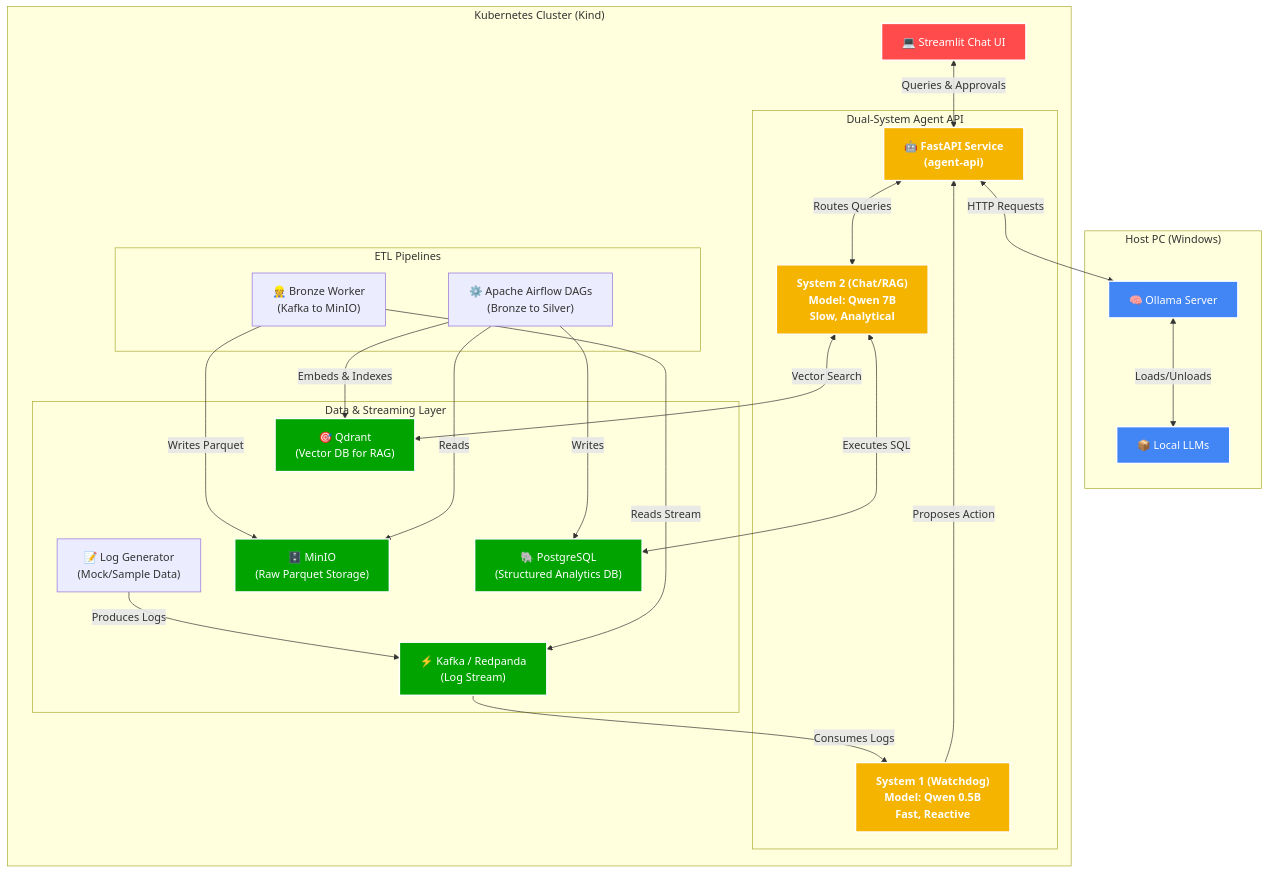
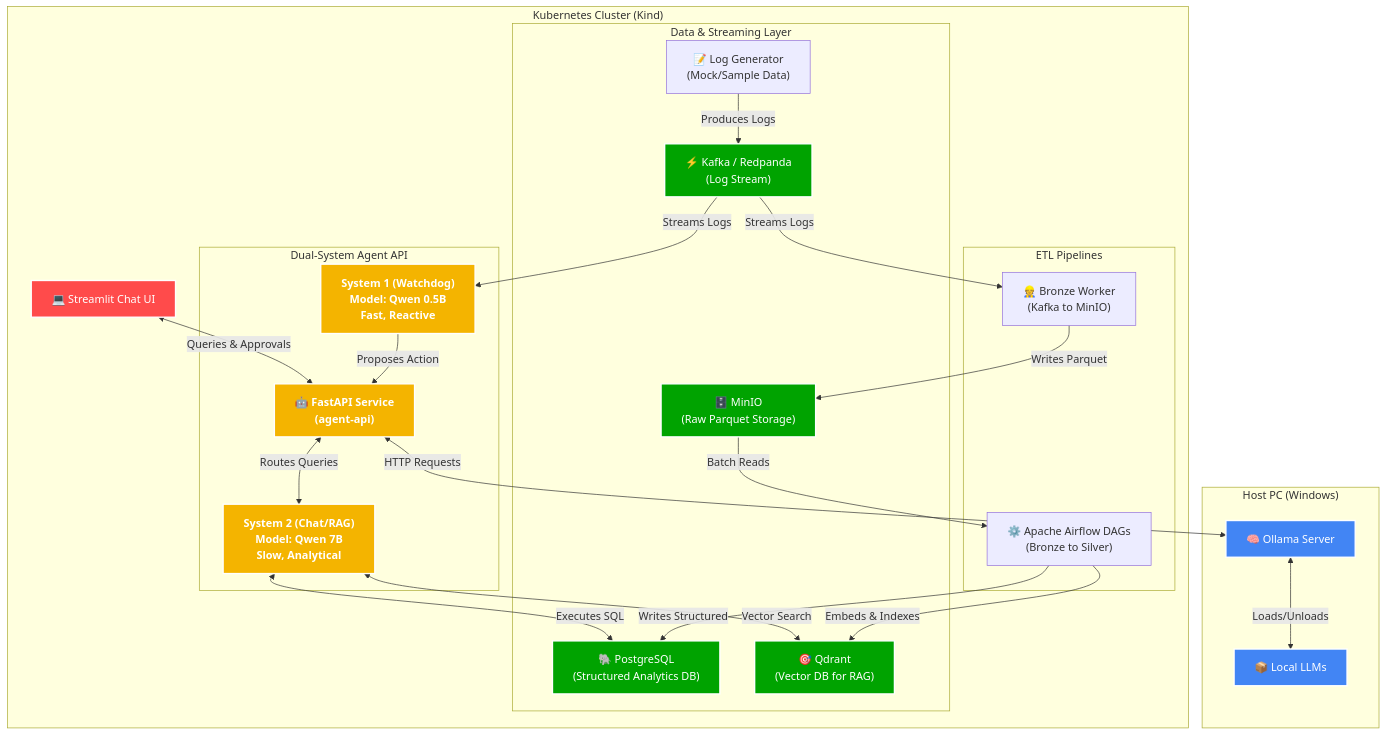
One commit to maayankaidar/dual-system-agents changed the diagram in README.md. Above: the diagram before and after it, drawn with Mermaid.

Commit message:
Refactor architecture diagram layout to fix chaotic edge rendering

````diff
--- a/README.md
+++ b/README.md
@@ -7,68 +7,58 @@
 ```mermaid
 flowchart TD
     %% Define Styles
     classDef k8s fill:#326ce5,stroke:#fff,stroke-width:2px,color:#fff;
     classDef host fill:#4285F4,stroke:#fff,stroke-width:2px,color:#fff;
     classDef db fill:#00a300,stroke:#fff,stroke-width:2px,color:#fff;
     classDef ui fill:#ff4b4b,stroke:#fff,stroke-width:2px,color:#fff;
     classDef agent fill:#f4b400,stroke:#fff,stroke-width:2px,color:#fff,font-weight:bold;
 
-    %% Host Machine Layer
-    subgraph Host["Host PC (Windows)"]
-        Ollama["🧠 Ollama Server"]:::host
-        Models["📦 Local LLMs"]:::host
-        Ollama <-->|Loads/Unloads| Models
-    end
-
-    %% Kubernetes Cluster Layer
     subgraph K8s["Kubernetes Cluster (Kind)"]
         UI["💻 Streamlit Chat UI"]:::ui
         
+        subgraph Agents["Dual-System Agent API"]
+            AgentAPI["🤖 FastAPI Service<br>(agent-api)"]:::agent
+            Sys1["System 1 (Watchdog)<br>Model: Qwen 0.5B<br>Fast, Reactive"]:::agent
+            Sys2["System 2 (Chat/RAG)<br>Model: Qwen 7B<br>Slow, Analytical"]:::agent
+        end
+        
+        subgraph Orchestration["ETL Pipelines"]
+            BronzeWorker["👷 Bronze Worker<br>(Kafka to MinIO)"]
+            Airflow["⚙️ Apache Airflow DAGs<br>(Bronze to Silver)"]
+        end
+
         subgraph Data["Data & Streaming Layer"]
             Producer["📝 Log Generator<br>(Mock/Sample Data)"]
             Kafka["⚡ Kafka / Redpanda<br>(Log Stream)"]:::db
             MinIO["🗄️ MinIO<br>(Raw Parquet Storage)"]:::db
             Postgres["🐘 PostgreSQL<br>(Structured Analytics DB)"]:::db
             Qdrant["🎯 Qdrant<br>(Vector DB for RAG)"]:::db
-            
-            Producer -->|Produces Logs| Kafka
-            
-            %% Layout hints: Qdrant top-left, Postgres below it, Kafka at bottom, MinIO top-right
-            Qdrant ~~~ MinIO
-            Qdrant ~~~ Postgres
-            Postgres ~~~ Kafka
         end
+    end
 
-        subgraph Orchestration["ETL Pipelines"]
-            BronzeWorker["👷 Bronze Worker<br>(Kafka to MinIO)"]
-            Airflow["⚙️ Apache Airflow DAGs<br>(Bronze to Silver)"]
-            
-            BronzeWorker -->|Reads Stream| Kafka
-            BronzeWorker -->|Writes Parquet| MinIO
-            
-            Airflow -->|Reads| MinIO
-            Airflow -->|Writes| Postgres
-            Airflow -->|Embeds & Indexes| Qdrant
-        end
-
-        subgraph Agents["Dual-System Agent API"]
-            AgentAPI["🤖 FastAPI Service<br>(agent-api)"]:::agent
-            
-            Sys1["System 1 (Watchdog)<br>Model: Qwen 0.5B<br>Fast, Reactive"]:::agent
-            Sys2["System 2 (Chat/RAG)<br>Model: Qwen 7B<br>Slow, Analytical"]:::agent
-        end
-
+    subgraph Host["Host PC (Windows)"]
+        Ollama["🧠 Ollama Server"]:::host
+        Models["📦 Local LLMs"]:::host
     end
 
     %% Data Flow & Connections
-    Kafka -->|Consumes Logs| Sys1
-    Sys1 -->|Proposes Action| AgentAPI
-    
+    %% Interactions
     UI <-->|Queries & Approvals| AgentAPI
     AgentAPI <-->|Routes Queries| Sys2
-    
+    Sys1 -->|Proposes Action| AgentAPI
+    AgentAPI <-->|HTTP Requests| Ollama
+    Ollama <-->|Loads/Unloads| Models
     Sys2 <-->|Vector Search| Qdrant
     Sys2 <-->|Executes SQL| Postgres
+
+    %% Pipeline Data Flow
+    Producer -->|Produces Logs| Kafka
+    Kafka -->|Streams Logs| Sys1
     
-    AgentAPI <-->|HTTP Requests| Ollama
+    Kafka -->|Streams Logs| BronzeWorker
+    BronzeWorker -->|Writes Parquet| MinIO
+    
+    MinIO -->|Batch Reads| Airflow
+    Airflow -->|Writes Structured| Postgres
+    Airflow -->|Embeds & Indexes| Qdrant
 ```
````
